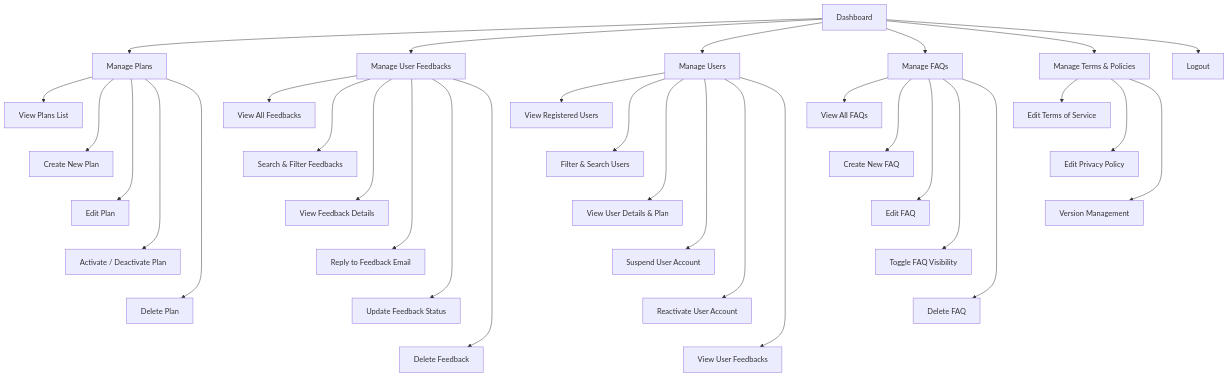
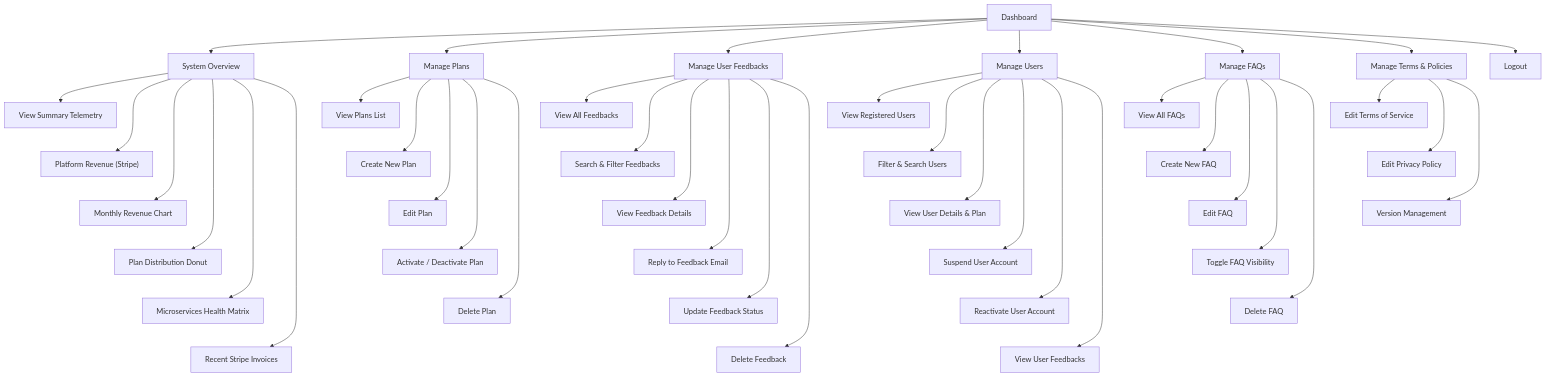
The diagram in docs/super_admin_sitemap.mmd (SaiWunnaTun-KP/feedback-analysis-system), drawn with Mermaid before and after one commit. The commit also changed 7 other files, not shown here.

Commit message:
feat:admin add system overview tab in admin side dashbaord

```diff
--- a/docs/super_admin_sitemap.mmd
+++ b/docs/super_admin_sitemap.mmd
@@ -1,50 +1,60 @@
 graph TD
     Dashboard["Dashboard"]
 
     %% Main Navigation Modules (Horizontal Spread)
+    Dashboard --> MOverview["System Overview"]
     Dashboard --> MPlans["Manage Plans"]
     Dashboard --> MFeedbacks["Manage User Feedbacks"]
     Dashboard --> MUsers["Manage Users"]
     Dashboard --> MFaqs["Manage FAQs"]
     Dashboard --> MPolicies["Manage Terms & Policies"]
     Dashboard --> ALogout["Logout"]
+
+    %% 0. System Overview Column (Vertical Stacking)
+    MOverview --> MO_KPIs["View Summary Telemetry"]
+    MOverview --> MO_Revenue["Platform Revenue (Stripe)"]
+    MOverview --> MO_Trend["Monthly Revenue Chart"]
+    MOverview --> MO_Plans["Plan Distribution Donut"]
+    MOverview --> MO_Health["Microservices Health Matrix"]
+    MOverview --> MO_Invoices["Recent Stripe Invoices"]
+    MO_KPIs ~~~ MO_Revenue ~~~ MO_Trend ~~~ MO_Plans ~~~ MO_Health ~~~ MO_Invoices
 
     %% 1. Manage Plans Column (Vertical Stacking)
     MPlans --> MP_View["View Plans List"]
     MPlans --> MP_Create["Create New Plan"]
     MPlans --> MP_Edit["Edit Plan"]
     MPlans --> MP_Toggle["Activate / Deactivate Plan"]
     MPlans --> MP_Delete["Delete Plan"]
     MP_View ~~~ MP_Create ~~~ MP_Edit ~~~ MP_Toggle ~~~ MP_Delete
 
     %% 2. Manage User Feedbacks Column (Vertical Stacking)
     MFeedbacks --> MF_List["View All Feedbacks"]
     MFeedbacks --> MF_Search["Search & Filter Feedbacks"]
     MFeedbacks --> MF_Detail["View Feedback Details"]
     MFeedbacks --> MF_Reply["Reply to Feedback Email"]
     MFeedbacks --> MF_Status["Update Feedback Status"]
     MFeedbacks --> MF_Delete["Delete Feedback"]
     MF_List ~~~ MF_Search ~~~ MF_Detail ~~~ MF_Reply ~~~ MF_Status ~~~ MF_Delete
 
     %% 3. Manage Users Column (Vertical Stacking)
     MUsers --> MU_List["View Registered Users"]
     MUsers --> MU_Filter["Filter & Search Users"]
     MUsers --> MU_Detail["View User Details & Plan"]
     MUsers --> MU_Suspend["Suspend User Account"]
     MUsers --> MU_Reactivate["Reactivate User Account"]
     MUsers --> MU_Feedbacks["View User Feedbacks"]
     MU_List ~~~ MU_Filter ~~~ MU_Detail ~~~ MU_Suspend ~~~ MU_Reactivate ~~~ MU_Feedbacks
 
     %% 4. Manage FAQs Column (Vertical Stacking)
     MFaqs --> MQ_List["View All FAQs"]
     MFaqs --> MQ_Create["Create New FAQ"]
     MFaqs --> MQ_Edit["Edit FAQ"]
     MFaqs --> MQ_Toggle["Toggle FAQ Visibility"]
     MFaqs --> MQ_Delete["Delete FAQ"]
     MQ_List ~~~ MQ_Create ~~~ MQ_Edit ~~~ MQ_Toggle ~~~ MQ_Delete
 
     %% 5. Manage Terms & Policies Column (Vertical Stacking)
     MPolicies --> MP_Terms["Edit Terms of Service"]
     MPolicies --> MP_Privacy["Edit Privacy Policy"]
     MPolicies --> MP_Version["Version Management"]
     MP_Terms ~~~ MP_Privacy ~~~ MP_Version
```
